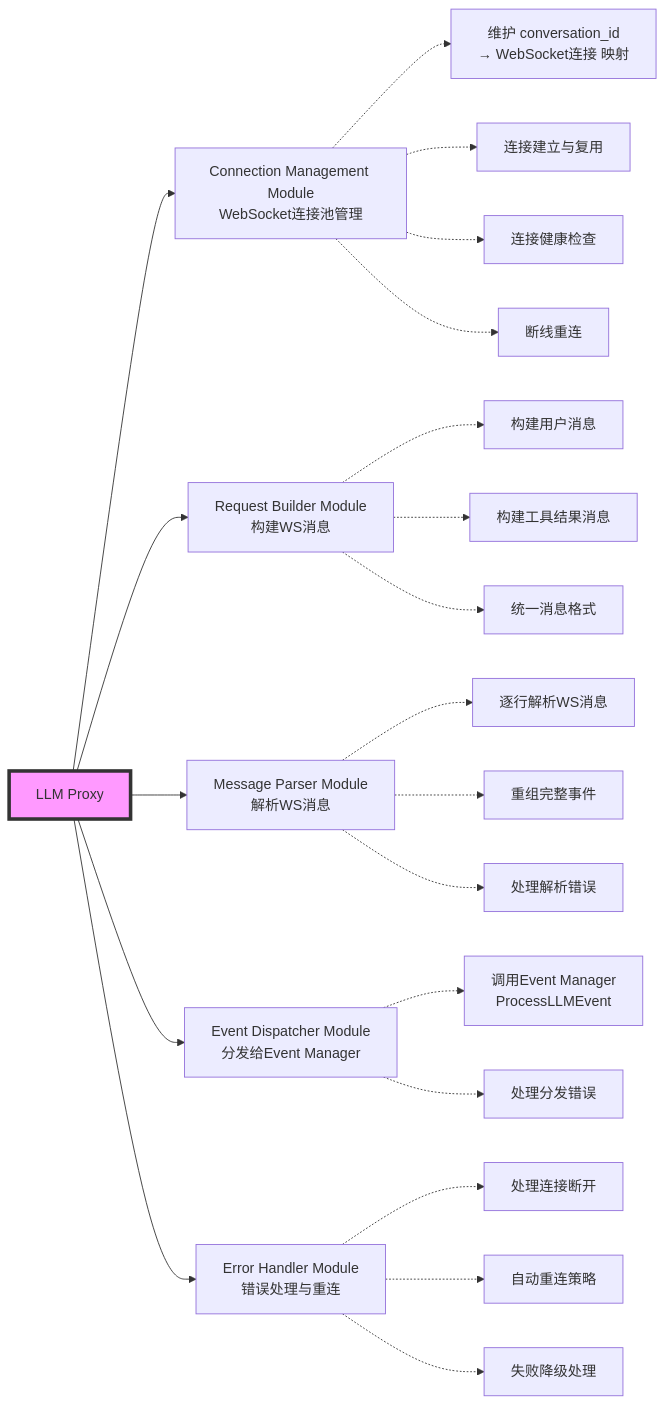
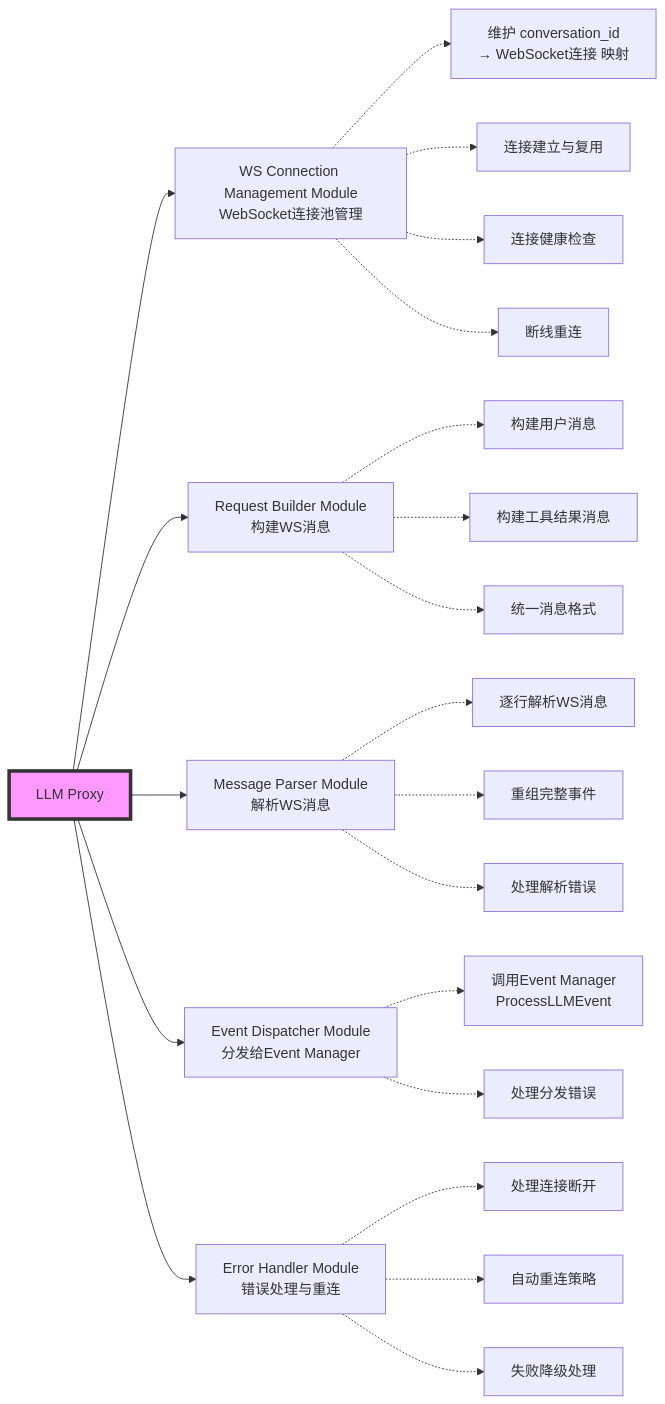
The diagram in all/任务状态机.md (yingjianzh/iodraw-files), drawn with Mermaid before and after one commit.

Commit message:
2025-12-25 17:03:32 update

````diff
--- a/all/任务状态机.md
+++ b/all/任务状态机.md
@@ -1,32 +1,32 @@
 ```mermaid
 graph LR
     LP[LLM Proxy]
     
-    LP --> CMM[Connection Management Module<br/>WebSocket连接池管理]
+    LP --> CMM[WS Connection Management Module<br/>WebSocket连接池管理]
     LP --> RBM[Request Builder Module<br/>构建WS消息]
     LP --> MPM[Message Parser Module<br/>解析WS消息]
     LP --> EDM[Event Dispatcher Module<br/>分发给Event Manager]
     LP --> EHM[Error Handler Module<br/>错误处理与重连]
     
     CMM -.-> CMM1[维护 conversation_id<br/>→ WebSocket连接 映射]
     CMM -.-> CMM2[连接建立与复用]
     CMM -.-> CMM3[连接健康检查]
     CMM -.-> CMM4[断线重连]
     
     RBM -.-> RBM1[构建用户消息]
     RBM -.-> RBM2[构建工具结果消息]
     RBM -.-> RBM3[统一消息格式]
     
     MPM -.-> MPM1[逐行解析WS消息]
     MPM -.-> MPM2[重组完整事件]
     MPM -.-> MPM3[处理解析错误]
     
     EDM -.-> EDM1[调用Event Manager<br/>ProcessLLMEvent]
     EDM -.-> EDM2[处理分发错误]
     
     EHM -.-> EHM1[处理连接断开]
     EHM -.-> EHM2[自动重连策略]
     EHM -.-> EHM3[失败降级处理]
     
     style LP fill:#f9f,stroke:#333,stroke-width:4px
 ```
````
